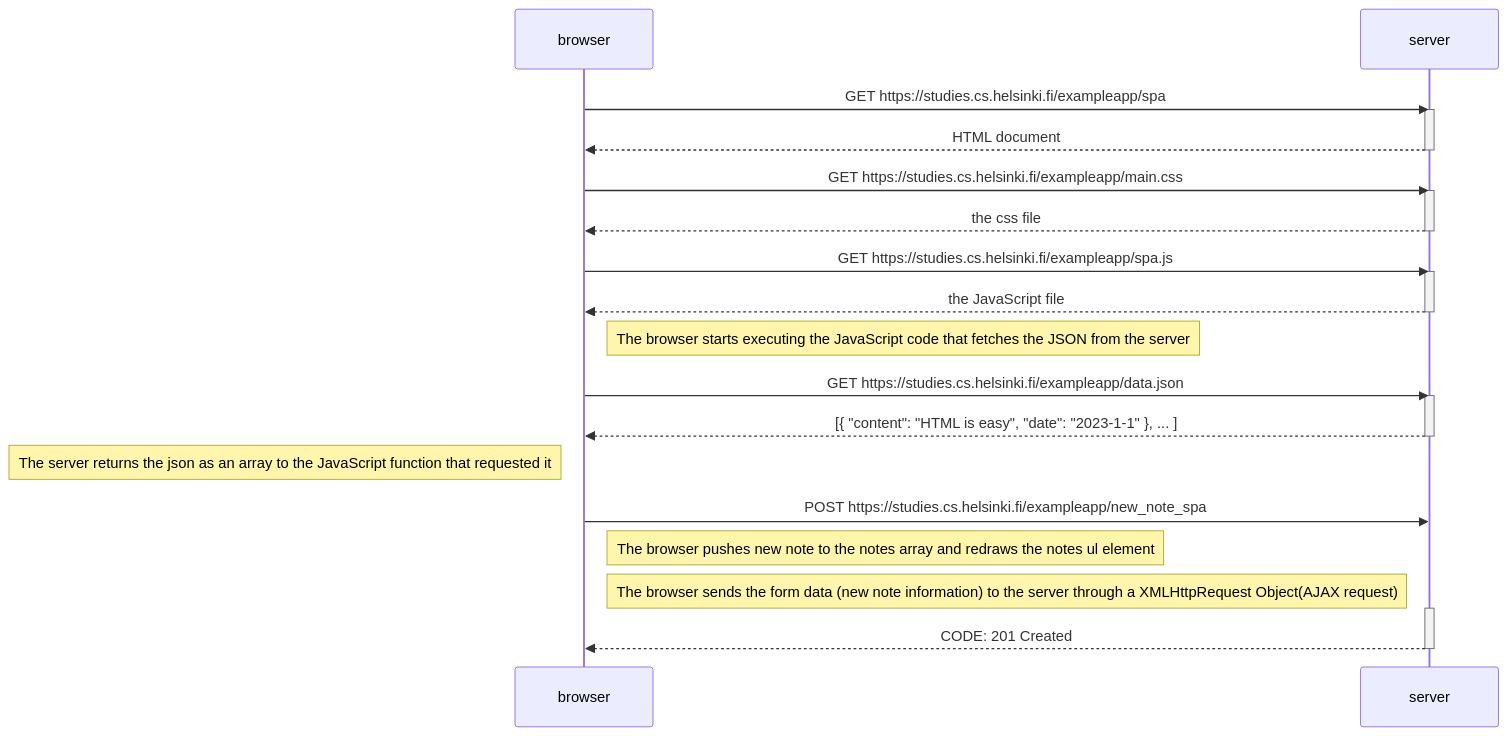
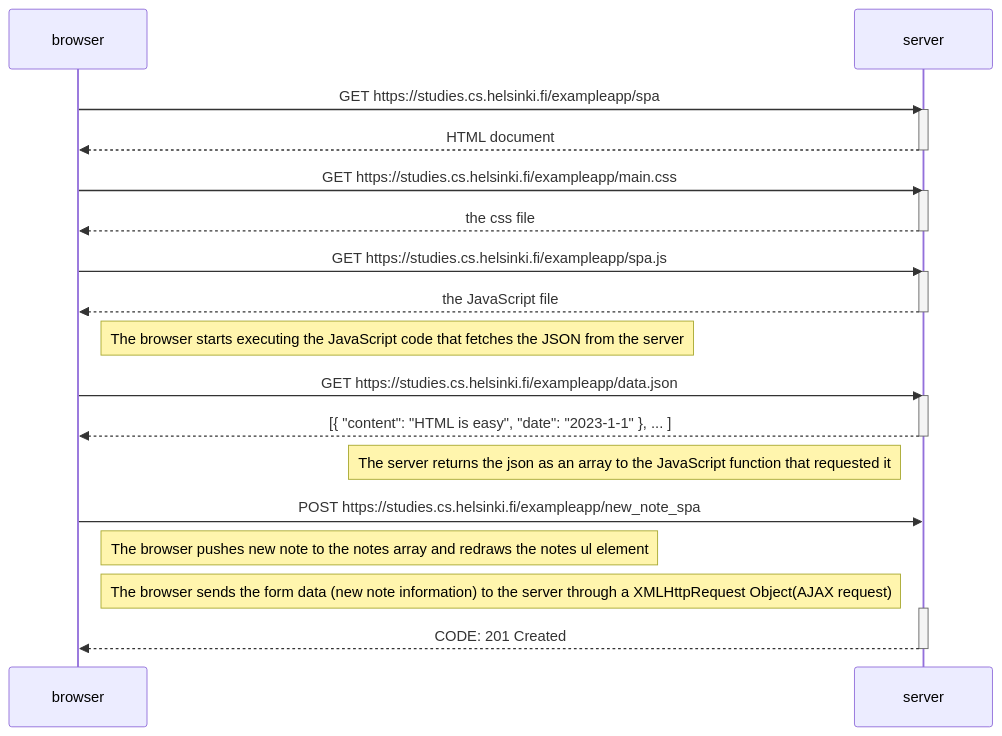
Before and after one commit to LucasCABJ/fullstackopen: the diagram in part0/ej6.md, drawn with Mermaid. The commit also changed 1 other file, not shown here.

Commit message:
fixed some visual bug

````diff
--- a/part0/ej6.md
+++ b/part0/ej6.md
@@ -1,40 +1,40 @@
 ```mermaid
     sequenceDiagram
     participant browser
     participant server
 
     browser->>server: GET https://studies.cs.helsinki.fi/exampleapp/spa
     activate server
     server-->>browser: HTML document
     deactivate server
 
     browser->>server: GET https://studies.cs.helsinki.fi/exampleapp/main.css
     activate server
     server-->>browser: the css file
     deactivate server
 
     browser->>server: GET https://studies.cs.helsinki.fi/exampleapp/spa.js
     activate server
     server-->>browser: the JavaScript file
     deactivate server
 
     Note right of browser: The browser starts executing the JavaScript code that fetches the JSON from the server
 
     browser->>server: GET https://studies.cs.helsinki.fi/exampleapp/data.json
     activate server
 
     server-->>browser: [{ "content": "HTML is easy", "date": "2023-1-1" }, ... ]
     deactivate server
 
-    Note left of browser: The server returns the json as an array to the JavaScript function that requested it 
+    Note left of server: The server returns the json as an array to the JavaScript function that requested it 
 
     browser->>server: POST https://studies.cs.helsinki.fi/exampleapp/new_note_spa
 
     Note right of browser: The browser pushes new note to the notes array and redraws the notes ul element
     Note right of browser: The browser sends the form data (new note information) to the server through a XMLHttpRequest Object(AJAX request)
     
     activate server
     server-->>browser: CODE: 201 Created
     deactivate server
 
 ```
````
